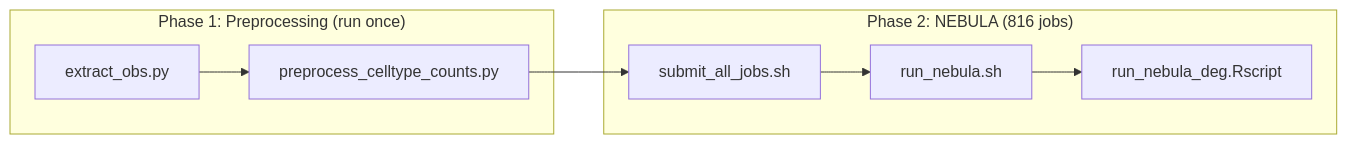
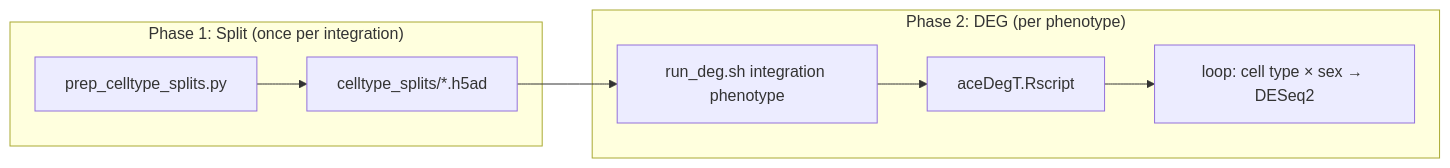
The diagram in docs/snrnaseq/analysis/deg.md (Environmental-And-Social-Epigenetics/ROSMAP-Omics_Guide), drawn with Mermaid before and after one commit. The commit also changed other lines of this file and 20 other files, not shown here.

````diff
--- a/docs/snrnaseq/analysis/deg.md
+++ b/docs/snrnaseq/analysis/deg.md
@@ -89,11 +95,11 @@
 ```mermaid
 graph LR
-    subgraph "Phase 1: Preprocessing (run once)"
-        A1[extract_obs.py] --> A2[preprocess_celltype_counts.py]
+    subgraph "Phase 1: Split (once per integration)"
+        A1[prep_celltype_splits.py] --> A2["celltype_splits/*.h5ad"]
     end
-    subgraph "Phase 2: NEBULA (816 jobs)"
-        B1[submit_all_jobs.sh] --> B2[run_nebula.sh]
-        B2 --> B3[run_nebula_deg.Rscript]
+    subgraph "Phase 2: DEG (per phenotype)"
+        B1["run_deg.sh integration phenotype"] --> B2[aceDegT.Rscript]
+        B2 --> B3["loop: cell type × sex → DESeq2"]
     end
     A2 --> B1
 ```
````
